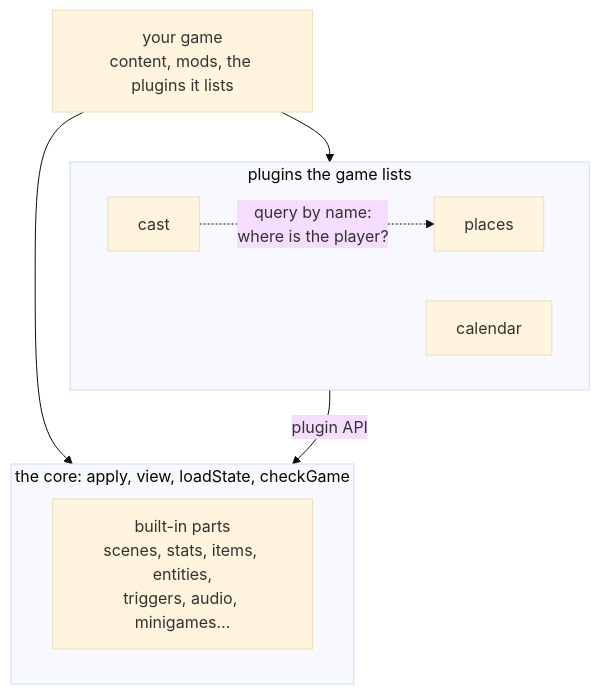
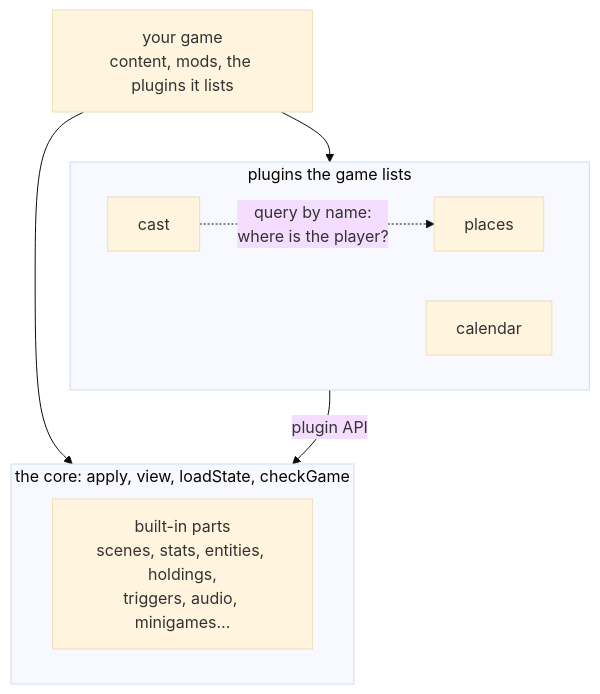
One commit to IFLoom/ifloom changed the diagram in site/content/docs/(latest)/guide/concepts.md. Above: the diagram before and after it, drawn with Mermaid (base theme). The commit also changed other lines of this file and 156 other files, not shown here.

First line of the commit message:
Items and collections out of core: things are entities

````diff
--- a/site/content/docs/(latest)/guide/concepts.md
+++ b/site/content/docs/(latest)/guide/concepts.md
@@ -134,16 +134,16 @@
 ```mermaid
 flowchart TD
   game["your game<br/>content, mods, the plugins it lists"]
   subgraph core["the core: apply, view, loadState, checkGame"]
-    parts["built-in parts<br/>scenes, stats, items, entities,<br/>triggers, audio, minigames…"]
+    parts["built-in parts<br/>scenes, stats, entities, holdings,<br/>triggers, audio, minigames…"]
   end
   subgraph chosen["plugins the game lists"]
     places["places"]
     cast["cast"]
     calendar["calendar"]
   end
   game --> core
   game --> chosen
   chosen -- plugin API --> core
   cast -. "query by name:<br/>where is the player?" .-> places
 ```
````
